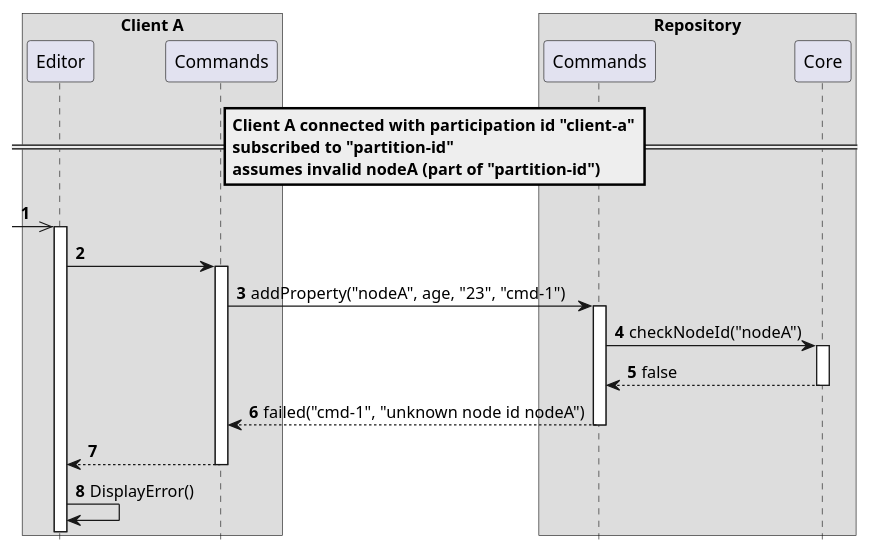
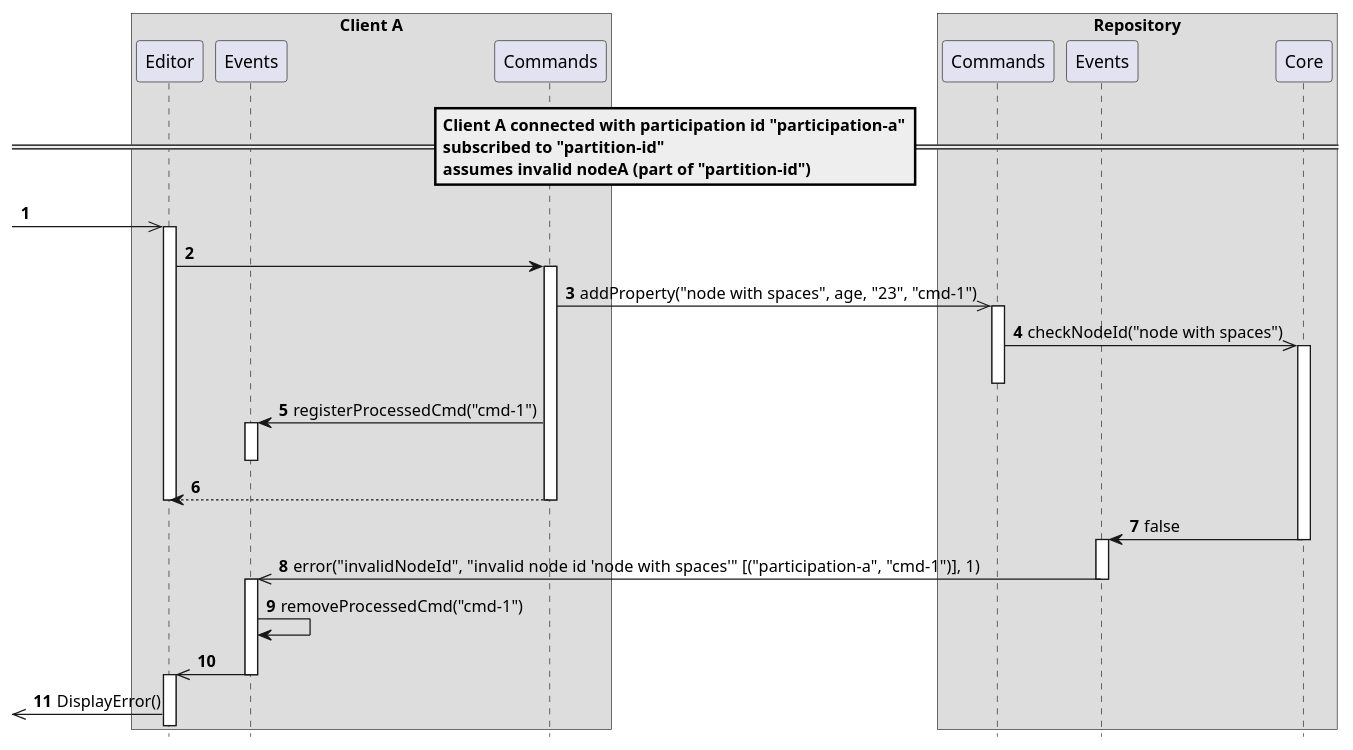
The diagram in delta/scenarios/changeUnknownNodeFailedCommand.adoc (LionWeb-io/specification), drawn with PlantUML before and after one commit. The commit also changed other lines of this file and 9 other files, not shown here.

```diff
--- a/delta/scenarios/changeUnknownNodeFailedCommand.adoc
+++ b/delta/scenarios/changeUnknownNodeFailedCommand.adoc
@@ -2,26 +2,49 @@
 [plantuml,changeUnknownNodeFailedCommand,svg]
 ----
 hide footbox
 autonumber
 
 box "Client A"
   participant Editor as editor
+  participant Events as clientEvent
   participant Commands as clientCmd
 end box
 
 box "Repository"
   participant Commands as repoCmd
+  participant Events as repoEvent
   participant Core as core
 end box
 
-== Client A connected with participation id "client-a"\nsubscribed to "partition-id"\nassumes invalid nodeA (part of "partition-id") ==
+== Client A connected with participation id "participation-a"\nsubscribed to "partition-id"\nassumes invalid nodeA (part of "partition-id") ==
 
 [->> editor ++
 editor -> clientCmd ++
-clientCmd -> repoCmd ++: addProperty("nodeA", age, "23", "cmd-1")
-repoCmd -> core ++: checkNodeId("nodeA")
-return false
-return failed("cmd-1", "unknown node id nodeA")
-return
-editor -> editor: DisplayError()
+clientCmd ->> repoCmd ++: addProperty("node with spaces", age, "23", "cmd-1")
+repoCmd ->> core: checkNodeId("node with spaces")
+activate core
+deactivate repoCmd
+clientCmd -> clientEvent: registerProcessedCmd("cmd-1")
+activate clientEvent
+deactivate clientEvent
+deactivate repoCmd
+editor <-- clientCmd
+deactivate clientCmd
+deactivate editor
+
+core -> repoEvent: false
+deactivate core
+
+activate repoEvent
+clientEvent <<- repoEvent: error("invalidNodeId", "invalid node id 'node with spaces'"  [("participation-a", "cmd-1")], 1)
+deactivate repoEvent
+
+activate clientEvent
+clientEvent -> clientEvent: removeProcessedCmd("cmd-1")
+
+clientEvent ->> editor
+deactivate clientEvent
+
+activate editor
+[<<- editor: DisplayError()
 ----
```
